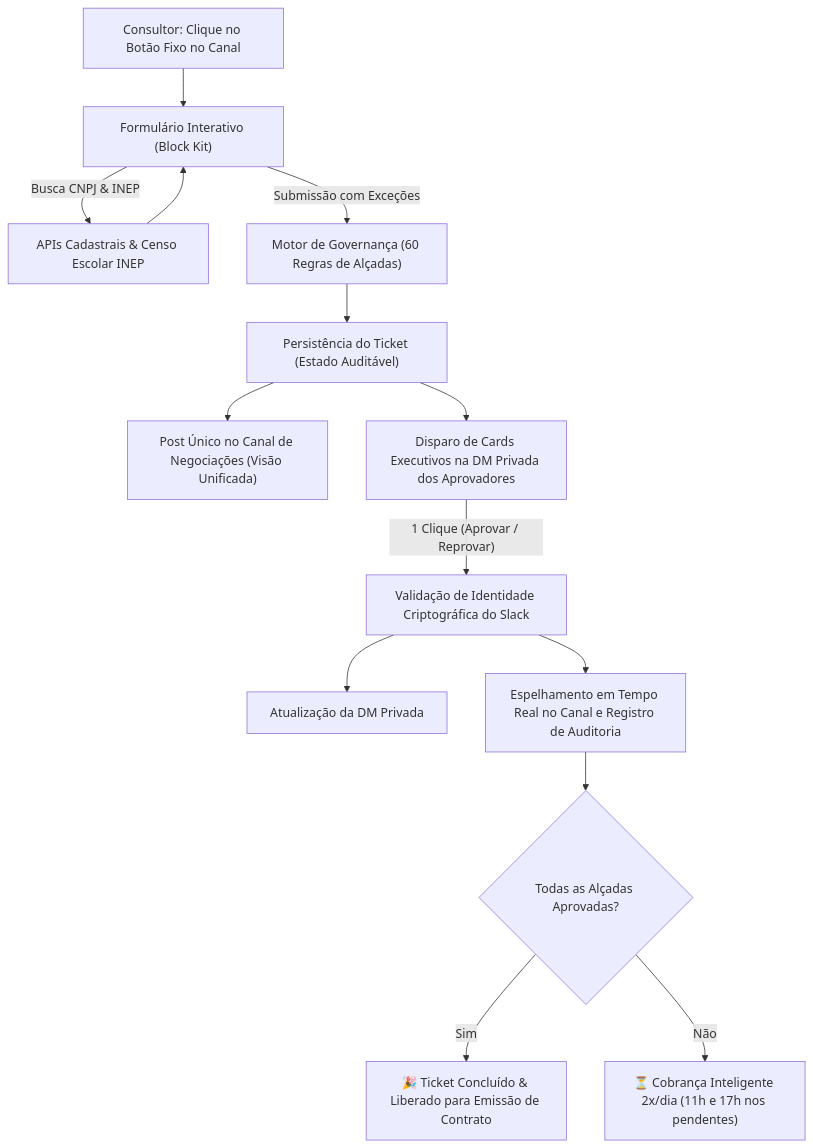
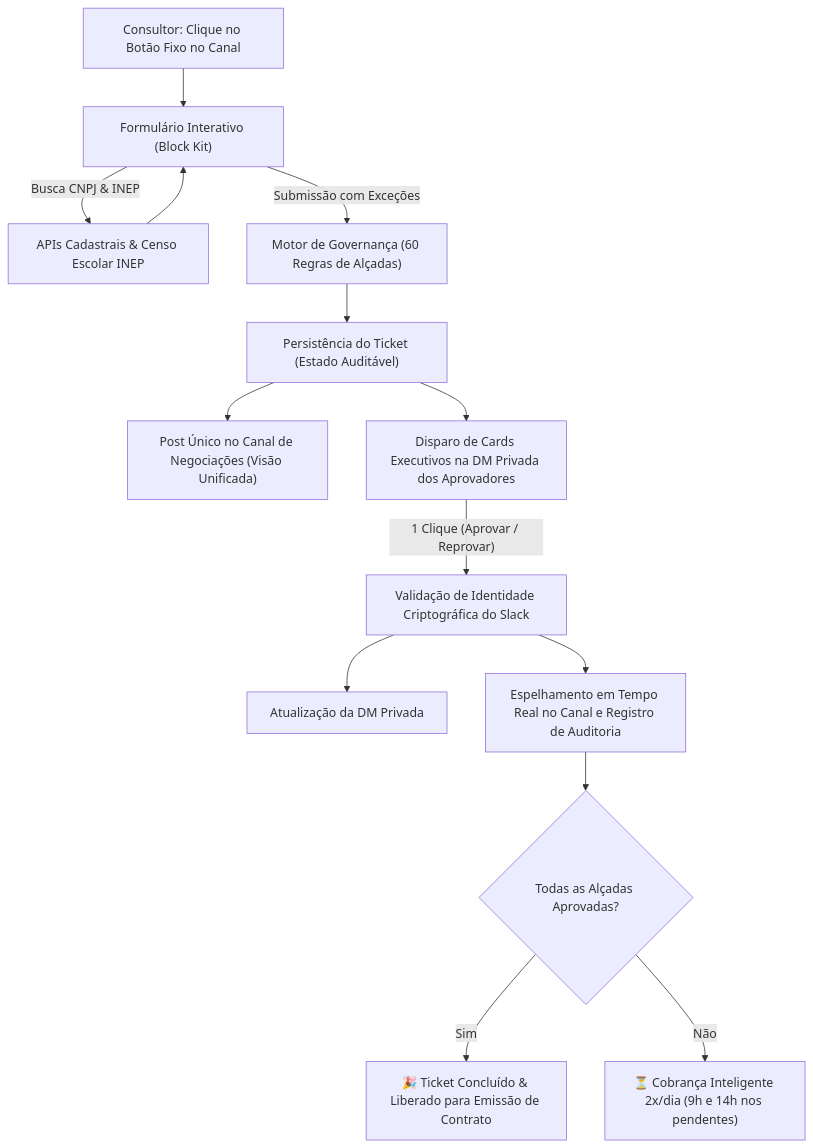
Before and after one commit to angelijd/DeAcordo: the diagram in README.md, drawn with Mermaid. The commit also changed other lines of this file and 3 other files, not shown here.

````diff
--- a/README.md
+++ b/README.md
@@ -20,19 +20,19 @@
 ```mermaid
 graph TD
     A["Consultor: Clique no Botão Fixo no Canal"] --> B["Formulário Interativo (Block Kit)"]
     B -- "Busca CNPJ & INEP" --> C["APIs Cadastrais & Censo Escolar INEP"]
     C --> B
     B -- "Submissão com Exceções" --> D["Motor de Governança (60 Regras de Alçadas)"]
     
     D --> E["Persistência do Ticket (Estado Auditável)"]
     E --> F["Post Único no Canal de Negociações (Visão Unificada)"]
     E --> G["Disparo de Cards Executivos na DM Privada dos Aprovadores"]
     
     G -- "1 Clique (Aprovar / Reprovar)" --> H["Validação de Identidade Criptográfica do Slack"]
     H --> I["Atualização da DM Privada"]
     H --> J["Espelhamento em Tempo Real no Canal e Registro de Auditoria"]
     
     J --> K{"Todas as Alçadas Aprovadas?"}
     K -- "Sim" --> L["🎉 Ticket Concluído & Liberado para Emissão de Contrato"]
-    K -- "Não" --> M["⏳ Cobrança Inteligente 2x/dia (11h e 17h nos pendentes)"]
+    K -- "Não" --> M["⏳ Cobrança Inteligente 2x/dia (9h e 14h nos pendentes)"]
 ```
````
